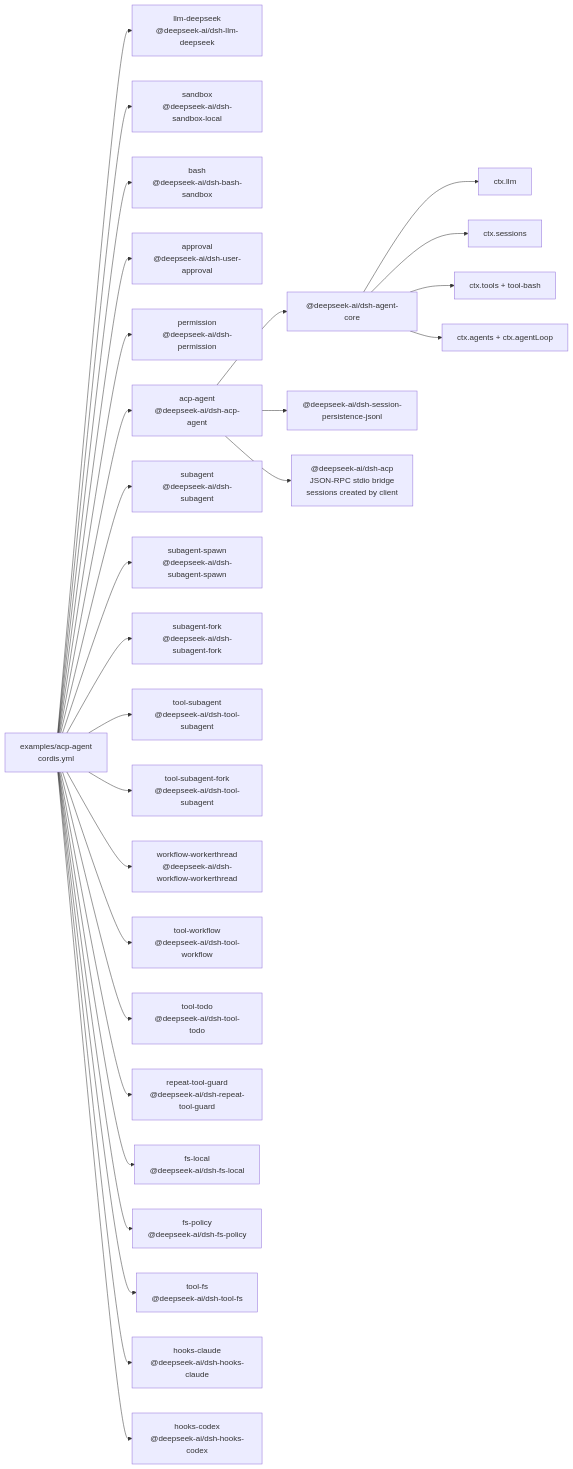
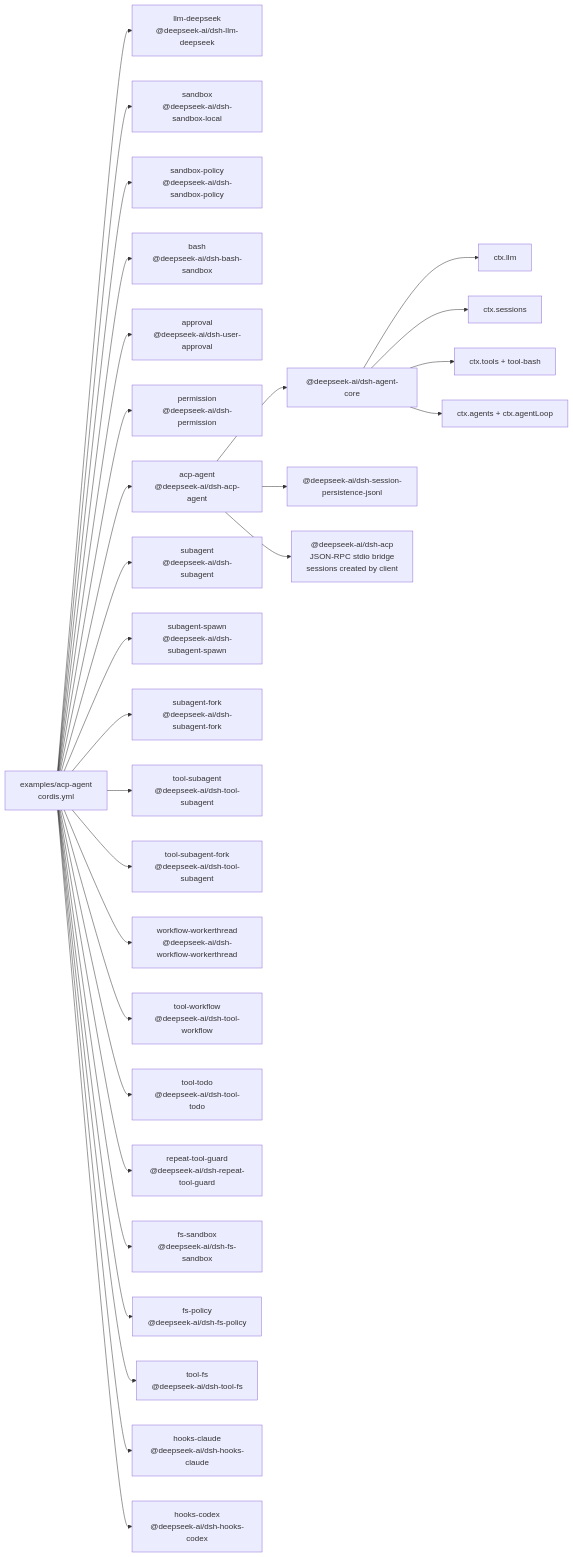
Before and after one commit to 007M7/DeepCode: the diagram in examples/acp-agent/composition.md, drawn with Mermaid. The commit also changed other lines of this file and 99 other files, not shown here.

First line of the commit message:
feat(sandbox): cross-family file sandbox — one policy home, sandboxed fs provider, fs escalation parity

````diff
--- a/examples/acp-agent/composition.md
+++ b/examples/acp-agent/composition.md
@@ -8,51 +8,53 @@
 ```mermaid
 flowchart LR
   cfg["examples/acp-agent<br/>cordis.yml"]
   plugin_acp_llm_deepseek["llm-deepseek<br/>@deepseek-ai/dsh-llm-deepseek"]
   cfg --> plugin_acp_llm_deepseek
   plugin_acp_sandbox["sandbox<br/>@deepseek-ai/dsh-sandbox-local"]
   cfg --> plugin_acp_sandbox
+  plugin_acp_sandbox_policy["sandbox-policy<br/>@deepseek-ai/dsh-sandbox-policy"]
+  cfg --> plugin_acp_sandbox_policy
   plugin_acp_bash["bash<br/>@deepseek-ai/dsh-bash-sandbox"]
   cfg --> plugin_acp_bash
   plugin_acp_approval["approval<br/>@deepseek-ai/dsh-user-approval"]
   cfg --> plugin_acp_approval
   plugin_acp_permission["permission<br/>@deepseek-ai/dsh-permission"]
   cfg --> plugin_acp_permission
   plugin_acp_acp_agent["acp-agent<br/>@deepseek-ai/dsh-acp-agent"]
   cfg --> plugin_acp_acp_agent
   plugin_acp_acp_agent --> bundle_agent_core["@deepseek-ai/dsh-agent-core"]
   plugin_acp_acp_agent --> bundle_jsonl["@deepseek-ai/dsh-session-persistence-jsonl"]
   plugin_acp_acp_agent --> frontdoor_acp["@deepseek-ai/dsh-acp<br/>JSON-RPC stdio bridge<br/>sessions created by client"]
   bundle_agent_core --> spine_llm["ctx.llm"]
   bundle_agent_core --> spine_sessions["ctx.sessions"]
   bundle_agent_core --> spine_tools["ctx.tools + tool-bash"]
   bundle_agent_core --> spine_loop["ctx.agents + ctx.agentLoop"]
   plugin_acp_subagent["subagent<br/>@deepseek-ai/dsh-subagent"]
   cfg --> plugin_acp_subagent
   plugin_acp_subagent_spawn["subagent-spawn<br/>@deepseek-ai/dsh-subagent-spawn"]
   cfg --> plugin_acp_subagent_spawn
   plugin_acp_subagent_fork["subagent-fork<br/>@deepseek-ai/dsh-subagent-fork"]
   cfg --> plugin_acp_subagent_fork
   plugin_acp_tool_subagent["tool-subagent<br/>@deepseek-ai/dsh-tool-subagent"]
   cfg --> plugin_acp_tool_subagent
   plugin_acp_tool_subagent_fork["tool-subagent-fork<br/>@deepseek-ai/dsh-tool-subagent"]
   cfg --> plugin_acp_tool_subagent_fork
   plugin_acp_workflow_workerthread["workflow-workerthread<br/>@deepseek-ai/dsh-workflow-workerthread"]
   cfg --> plugin_acp_workflow_workerthread
   plugin_acp_tool_workflow["tool-workflow<br/>@deepseek-ai/dsh-tool-workflow"]
   cfg --> plugin_acp_tool_workflow
   plugin_acp_tool_todo["tool-todo<br/>@deepseek-ai/dsh-tool-todo"]
   cfg --> plugin_acp_tool_todo
   plugin_acp_repeat_tool_guard["repeat-tool-guard<br/>@deepseek-ai/dsh-repeat-tool-guard"]
   cfg --> plugin_acp_repeat_tool_guard
-  plugin_acp_fs_local["fs-local<br/>@deepseek-ai/dsh-fs-local"]
-  cfg --> plugin_acp_fs_local
+  plugin_acp_fs_sandbox["fs-sandbox<br/>@deepseek-ai/dsh-fs-sandbox"]
+  cfg --> plugin_acp_fs_sandbox
   plugin_acp_fs_policy["fs-policy<br/>@deepseek-ai/dsh-fs-policy"]
   cfg --> plugin_acp_fs_policy
   plugin_acp_tool_fs["tool-fs<br/>@deepseek-ai/dsh-tool-fs"]
   cfg --> plugin_acp_tool_fs
   plugin_acp_hooks_claude["hooks-claude<br/>@deepseek-ai/dsh-hooks-claude"]
   cfg --> plugin_acp_hooks_claude
   plugin_acp_hooks_codex["hooks-codex<br/>@deepseek-ai/dsh-hooks-codex"]
   cfg --> plugin_acp_hooks_codex
 ```
````
